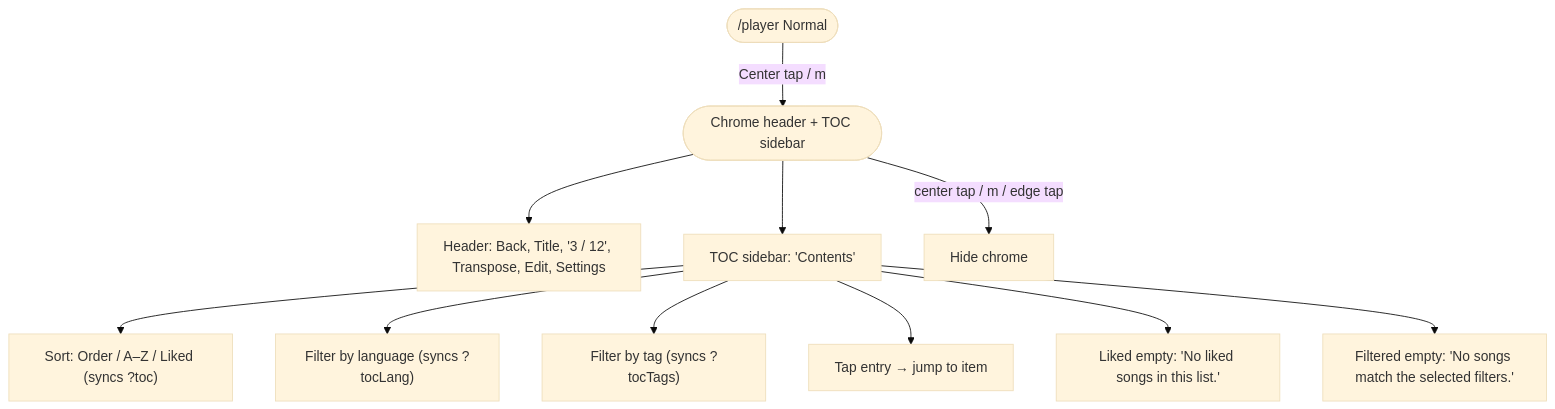
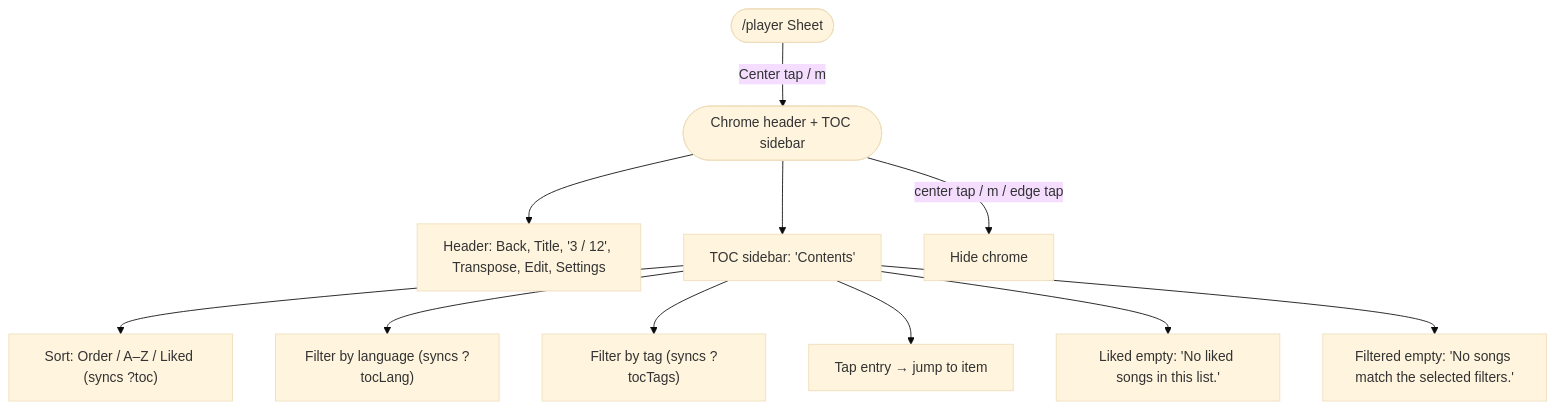
Before and after one commit to xilefmusics/worship_viewer: diagram 33 of 56 in docs/architecture/frontend-user-flows.md, drawn with Mermaid (base theme). The commit also changed other lines of this file and 39 other files, not shown here.

````diff
--- a/docs/architecture/frontend-user-flows.md
+++ b/docs/architecture/frontend-user-flows.md
@@ -567,13 +567,13 @@
 ```mermaid
 flowchart TD
-    book(["/player Normal"]) -->|"Center tap / m"| chrome(["Chrome header + TOC sidebar"])
+    book(["/player Sheet"]) -->|"Center tap / m"| chrome(["Chrome header + TOC sidebar"])
     chrome --> header["Header: Back, Title, '3 / 12', Transpose, Edit, Settings"]
     chrome --> toc["TOC sidebar: 'Contents'"]
     toc --> sort["Sort: Order / A–Z / Liked (syncs ?toc)"]
     toc --> lang["Filter by language (syncs ?tocLang)"]
     toc --> tag["Filter by tag (syncs ?tocTags)"]
     toc --> jump["Tap entry → jump to item"]
     toc --> emptyL["Liked empty: 'No liked songs in this list.'"]
     toc --> emptyF["Filtered empty: 'No songs match the selected filters.'"]
     chrome -->|center tap / m / edge tap| hide["Hide chrome"]
 ```
````
